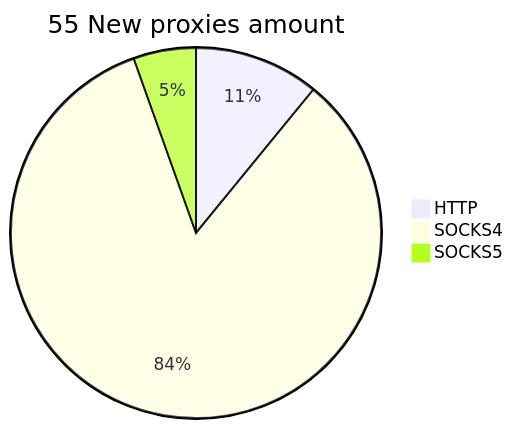
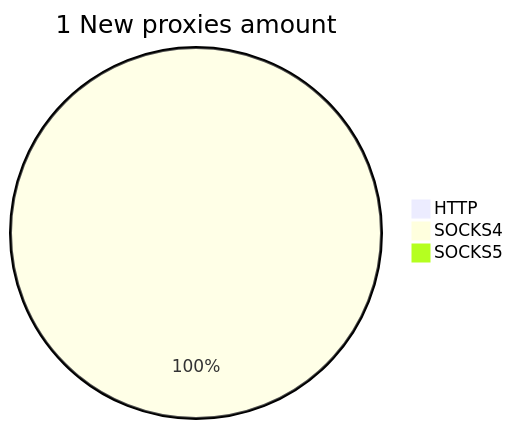
Before and after one commit to cutipu/proxylist: the second of 2 diagrams in README.md, drawn with Mermaid. The commit also changed other lines of this file, not shown here.

````diff
--- a/README.md
+++ b/README.md
@@ -10,6 +10,6 @@
 ```mermaid
-pie title 55 New proxies amount
-    "HTTP" : 6
-    "SOCKS4" : 46
-    "SOCKS5" : 3
+pie title 1 New proxies amount
+    "HTTP" : 0
+    "SOCKS4" : 4
+    "SOCKS5" : 0
 ```
````
